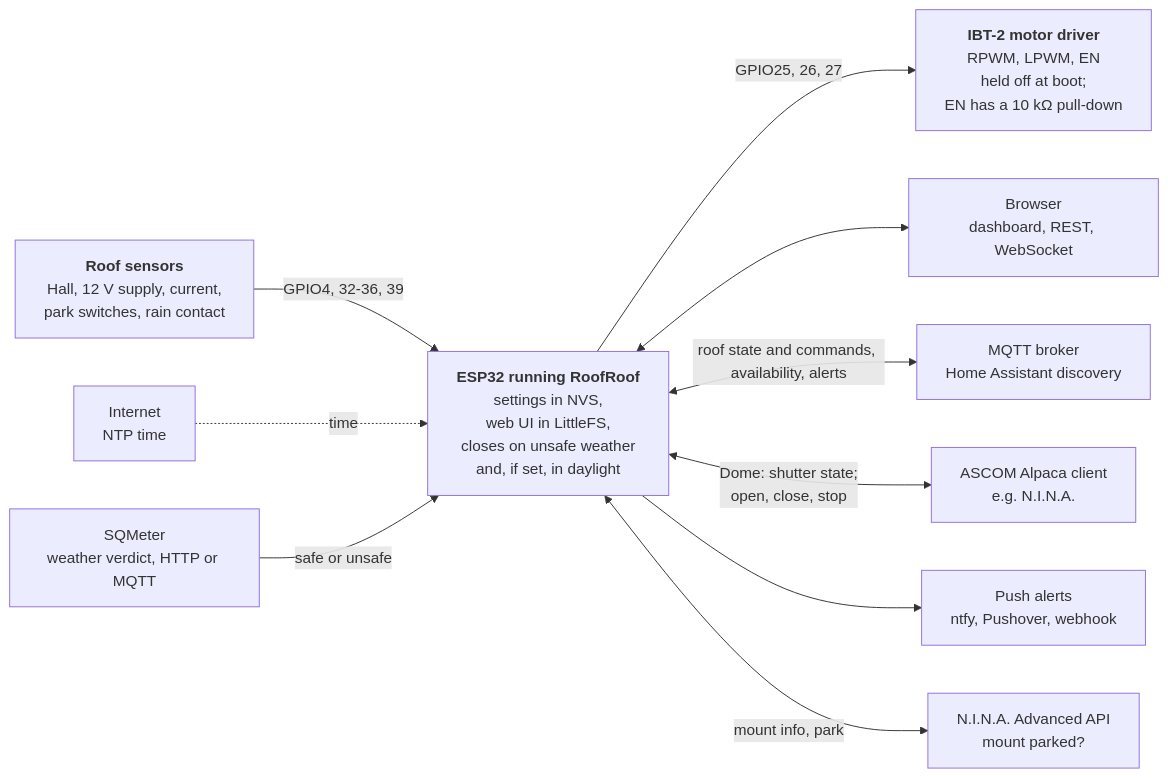
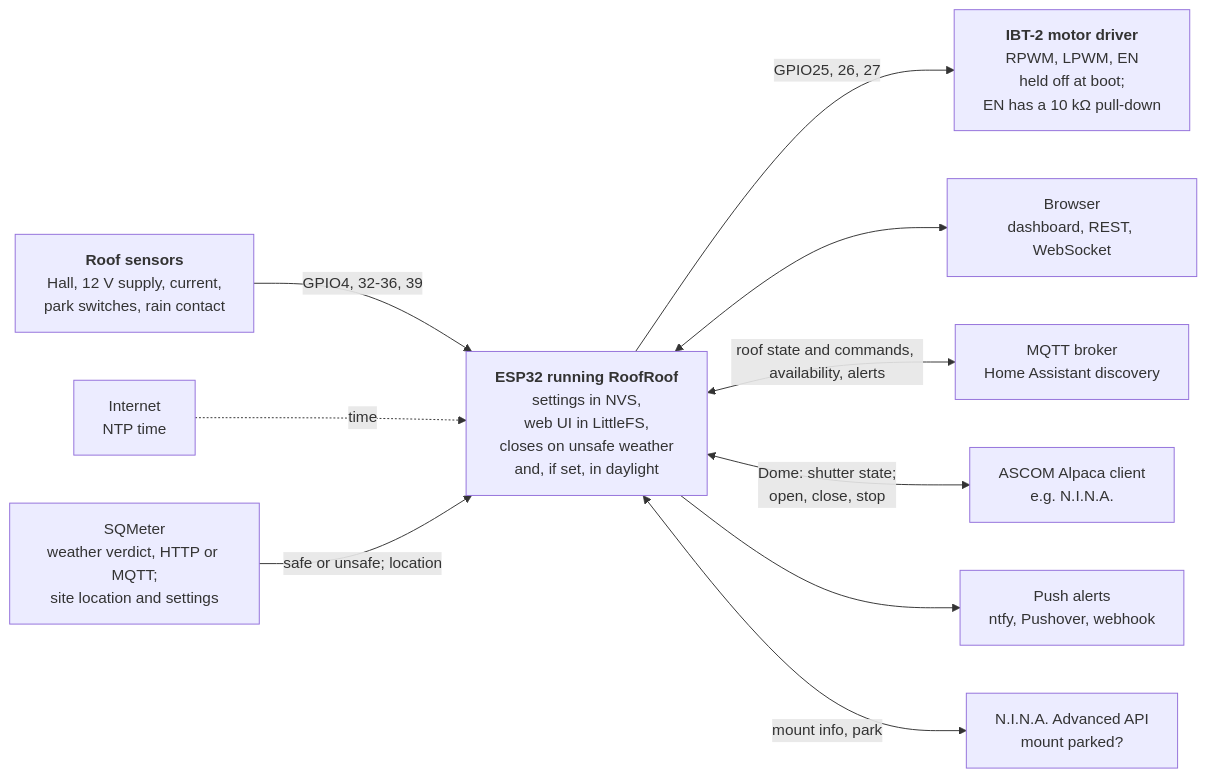
Before and after one commit to DeanJ87/RoofRoof: the diagram in docs/index.md, drawn with Mermaid. The commit also changed other lines of this file and 16 other files, not shown here.

Commit message:
020: docs (site from SQMeter, REST, WebSocket, configuration, wizard, dashboard, demo), diagrams re-checked, flash and UI size recorded; applyLocation split for complexity

````diff
--- a/docs/index.md
+++ b/docs/index.md
@@ -29,24 +29,24 @@
 ```mermaid
 flowchart LR
     accTitle: What RoofRoof connects to
-    accDescr: The ESP32 holds the motor driver's pins low from boot and drives it on a person's, an imaging app's or (when switched on) an MQTT command, or to close the roof when the weather turns unsafe (or, with the daylight close set, after sunrise), reads the roof's Hall, supply, current, park and rain inputs, keeps its settings and web UI on the device, serves a dashboard and APIs to browsers, publishes the roof's state to an MQTT broker and takes its commands when switched on, serves the roof as an ASCOM Alpaca Dome to clients such as N.I.N.A., and sends alerts to push services. It reads the weather verdict from SQMeter and the mount's park state from N.I.N.A.'s Advanced API. It gets time from the internet by NTP.
+    accDescr: The ESP32 holds the motor driver's pins low from boot and drives it on a person's, an imaging app's or (when switched on) an MQTT command, or to close the roof when the weather turns unsafe (or, with the daylight close set, after sunrise), reads the roof's Hall, supply, current, park and rain inputs, keeps its settings and web UI on the device, serves a dashboard and APIs to browsers, publishes the roof's state to an MQTT broker and takes its commands when switched on, serves the roof as an ASCOM Alpaca Dome to clients such as N.I.N.A., and sends alerts to push services. It reads the weather verdict, the site's location and, on request, its site settings from SQMeter, and the mount's park state from N.I.N.A.'s Advanced API. It gets time from the internet by NTP.
     DRIVER["<b>IBT-2 motor driver</b><br/>RPWM, LPWM, EN<br/>held off at boot;<br/>EN has a 10 kΩ pull-down"]
     SENSE["<b>Roof sensors</b><br/>Hall, 12 V supply, current,<br/>park switches, rain contact"]
     ESP["<b>ESP32 running RoofRoof</b><br/>settings in NVS,<br/>web UI in LittleFS,<br/>closes on unsafe weather<br/>and, if set, in daylight"]
     WEB["Browser<br/>dashboard, REST, WebSocket"]
     MQTT["MQTT broker<br/>Home Assistant discovery"]
     ALPACA["ASCOM Alpaca client<br/>e.g. N.I.N.A."]
     PUSH["Push alerts<br/>ntfy, Pushover, webhook"]
     NET["Internet<br/>NTP time"]
-    SQM["SQMeter<br/>weather verdict, HTTP or MQTT"]
+    SQM["SQMeter<br/>weather verdict, HTTP or MQTT;<br/>site location and settings"]
     NAPI["N.I.N.A. Advanced API<br/>mount parked?"]
     ESP -->|"GPIO25, 26, 27"| DRIVER
     SENSE -->|"GPIO4, 32-36, 39"| ESP
     NET -.->|time| ESP
     ESP <--> WEB
     ESP <-->|roof state and commands, availability, alerts| MQTT
     ESP <-->|Dome: shutter state;<br/>open, close, stop| ALPACA
     ESP --> PUSH
-    SQM -->|safe or unsafe| ESP
+    SQM -->|"safe or unsafe; location"| ESP
     ESP <-->|mount info, park| NAPI
 ```
````
